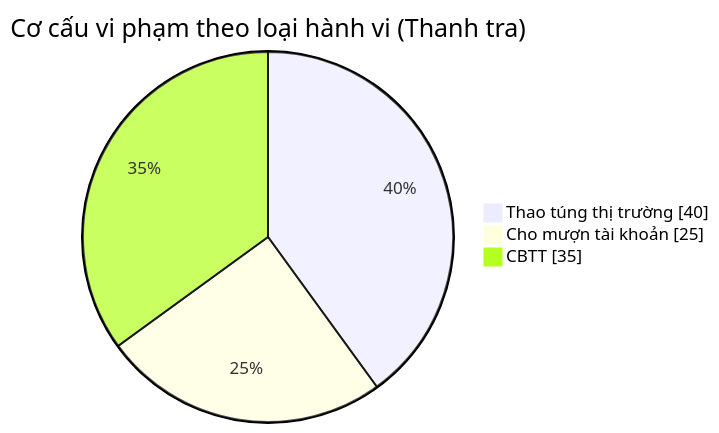
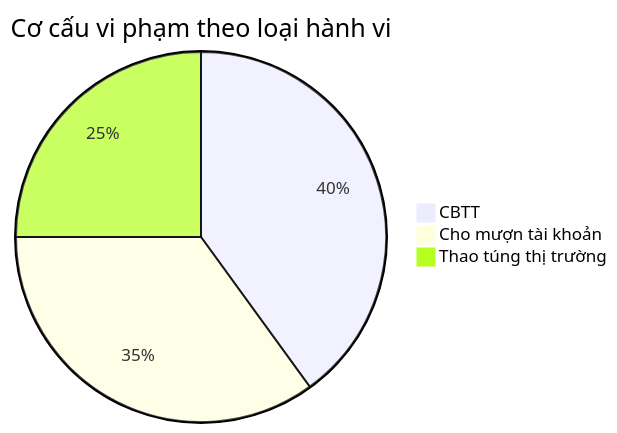
Before and after one commit to linhlvit/ubck_atomic_design: the eighth of 25 diagrams in Gold/hld/GOLD_TT_HLD.md, drawn with Mermaid. The commit also changed other lines of this file and 7 other files, not shown here.

````diff
--- a/Gold/hld/GOLD_TT_HLD.md
+++ b/Gold/hld/GOLD_TT_HLD.md
@@ -137,7 +316,6 @@
 ```mermaid
-pie showData
-    title Cơ cấu vi phạm theo loại hành vi (Thanh tra)
-    "Thao túng thị trường" : 40
-    "Cho mượn tài khoản" : 25
-    "CBTT" : 35
+pie title Cơ cấu vi phạm theo loại hành vi
+    "CBTT" : 40
+    "Cho mượn tài khoản" : 35
+    "Thao túng thị trường" : 25
 ```
````
